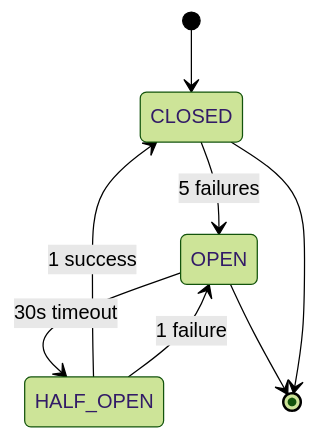
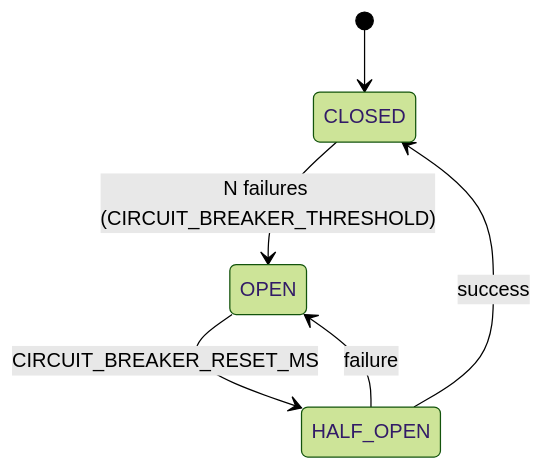
Before and after one commit to felixti/llm-gateway: the seventh of 9 diagrams in docs/architecture.md, drawn with Mermaid (forest theme). The commit also changed other lines of this file and 2 other files, not shown here.

````diff
--- a/docs/architecture.md
+++ b/docs/architecture.md
@@ -211,10 +298,8 @@
 ```mermaid
 stateDiagram-v2
     [*] --> CLOSED
-    CLOSED --> OPEN: 5 failures
-    OPEN --> HALF_OPEN: 30s timeout
-    HALF_OPEN --> CLOSED: 1 success
-    HALF_OPEN --> OPEN: 1 failure
-    OPEN --> [*]
-    CLOSED --> [*]
+    CLOSED --> OPEN: N failures (CIRCUIT_BREAKER_THRESHOLD)
+    OPEN --> HALF_OPEN: CIRCUIT_BREAKER_RESET_MS
+    HALF_OPEN --> CLOSED: success
+    HALF_OPEN --> OPEN: failure
 ```
````
